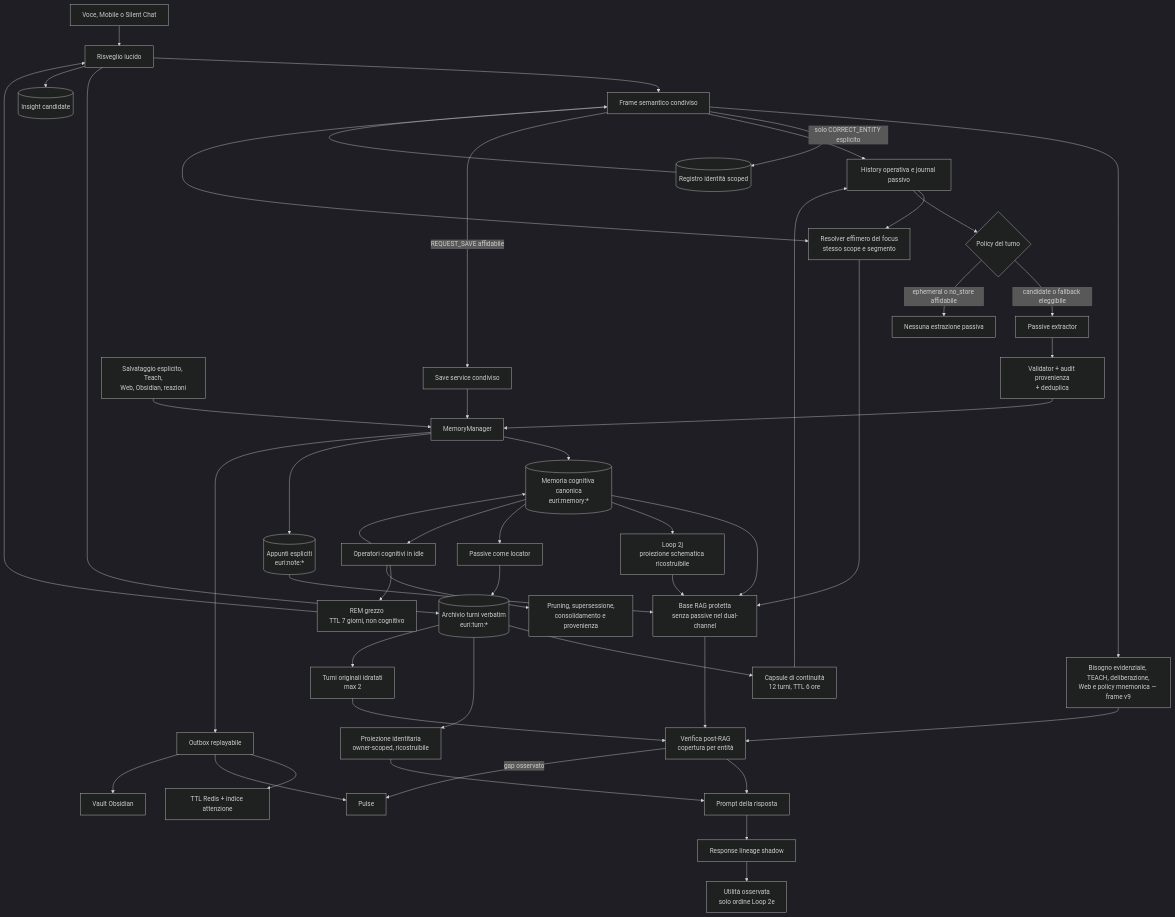
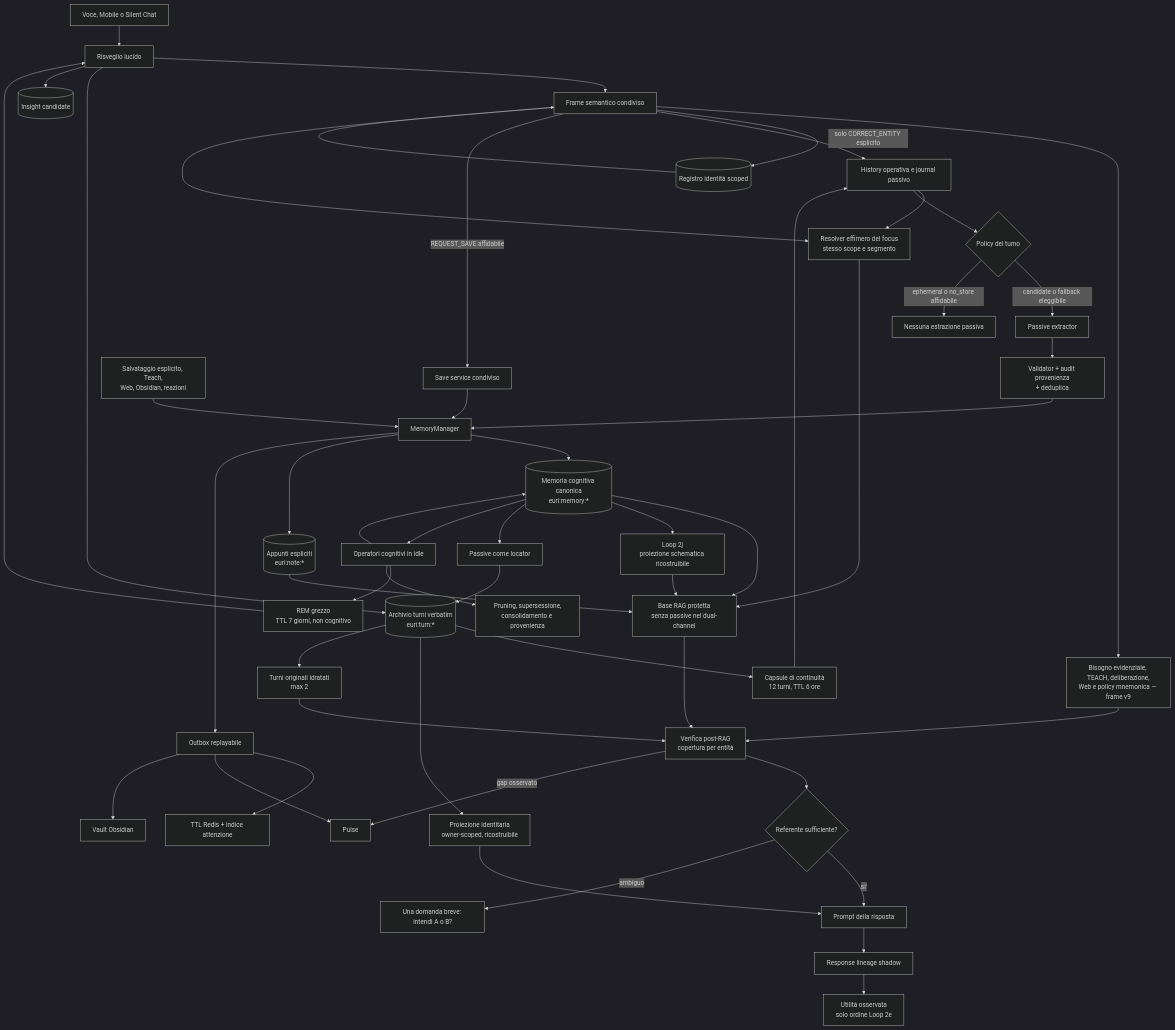
Before and after one commit to fioruccione/euri: the first of 4 diagrams in docs/EURI_MEMORY_ARCHITECTURE.md, drawn with Mermaid (dark theme). The commit also changed other lines of this file and 23 other files, not shown here.

````diff
--- a/docs/EURI_MEMORY_ARCHITECTURE.md
+++ b/docs/EURI_MEMORY_ARCHITECTURE.md
@@ -30,54 +30,56 @@
 ```mermaid
 flowchart TB
     U[Voce, Mobile o Silent Chat] --> W[Whisper o testo raw]
     W --> S[Frame semantico condiviso]
     S --> KN[Bisogno evidenziale, TEACH, deliberazione,<br/>Web e policy mnemonica — frame v9]
     W --> T[(Archivio turni verbatim<br/>euri:turn:*)]
     S -->|solo CORRECT_ENTITY esplicito| AR[(Registro identità scoped)]
     AR --> S
     S --> H[History operativa e journal passivo]
     S -->|REQUEST_SAVE affidabile| SV[Save service condiviso]
     SV --> M
     T --> C[Capsule di continuità<br/>12 turni, TTL 6 ore]
     C --> H
     S --> RC[Resolver effimero del focus<br/>stesso scope e segmento]
     H --> RC
     T --> PM[Proiezione identitaria<br/>owner-scoped, ricostruibile]
 
     H --> P{Policy del turno}
     P -->|candidate o fallback eleggibile| E[Passive extractor]
     P -->|ephemeral o no_store affidabile| X[Nessuna estrazione passiva]
     E --> V[Validator + audit provenienza<br/>+ deduplica]
     V --> M[MemoryManager]
     A[Salvataggio esplicito, Teach,<br/>Web, Obsidian, reazioni] --> M
     M --> J[(Memoria cognitiva canonica<br/>euri:memory:*)]
     M --> N[(Appunti espliciti<br/>euri:note:*)]
     M --> O[Outbox replayabile]
     O --> TTL[TTL Redis + indice attenzione]
     O --> PU[Pulse]
     O --> OB[Vault Obsidian]
 
     J --> R[Base RAG protetta<br/>senza passive nel dual-channel]
     RC --> R
     J --> SJ[Loop 2j<br/>proiezione schematica ricostruibile]
     SJ --> R
     N --> R
     J --> L[Passive come locator]
     L --> T
     T --> D[Turni originali idratati<br/>max 2]
     R --> KG[Verifica post-RAG<br/>copertura per entità]
     D --> KG
     KN --> KG
-    KG --> Q[Prompt della risposta]
+    KG --> CL{Referente sufficiente?}
+    CL -->|si'| Q[Prompt della risposta]
+    CL -->|ambiguo| CQ[Una domanda breve: intendi A o B?]
     KG -->|gap osservato| PU
     PM --> Q
     Q --> RL[Response lineage shadow]
     RL --> UT[Utilità osservata<br/>solo ordine Loop 2e]
 
     J --> DR[Operatori cognitivi in idle]
     DR --> J
     DR --> REM[REM grezzo<br/>TTL 7 giorni, non cognitivo]
     REM --> W[Risveglio lucido]
     W --> I[(Insight candidate)]
     DR --> PR[Pruning, supersessione,<br/>consolidamento e provenienza]
 ```
````
